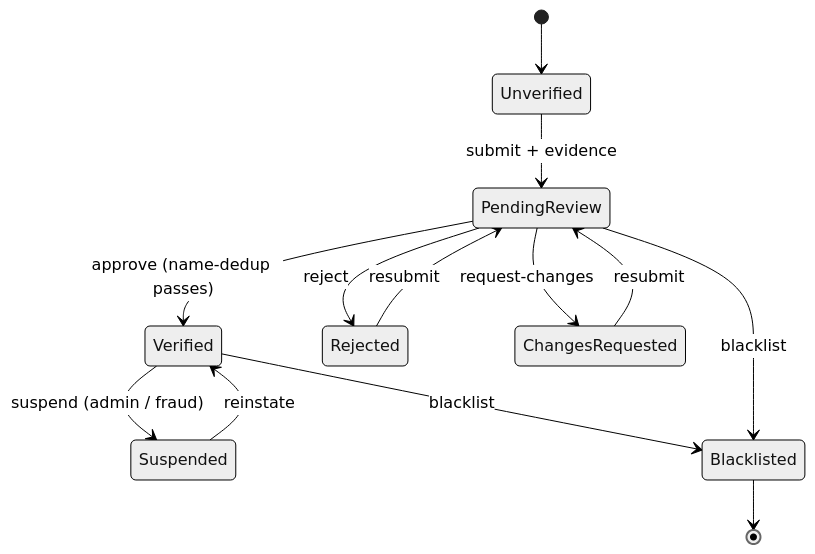
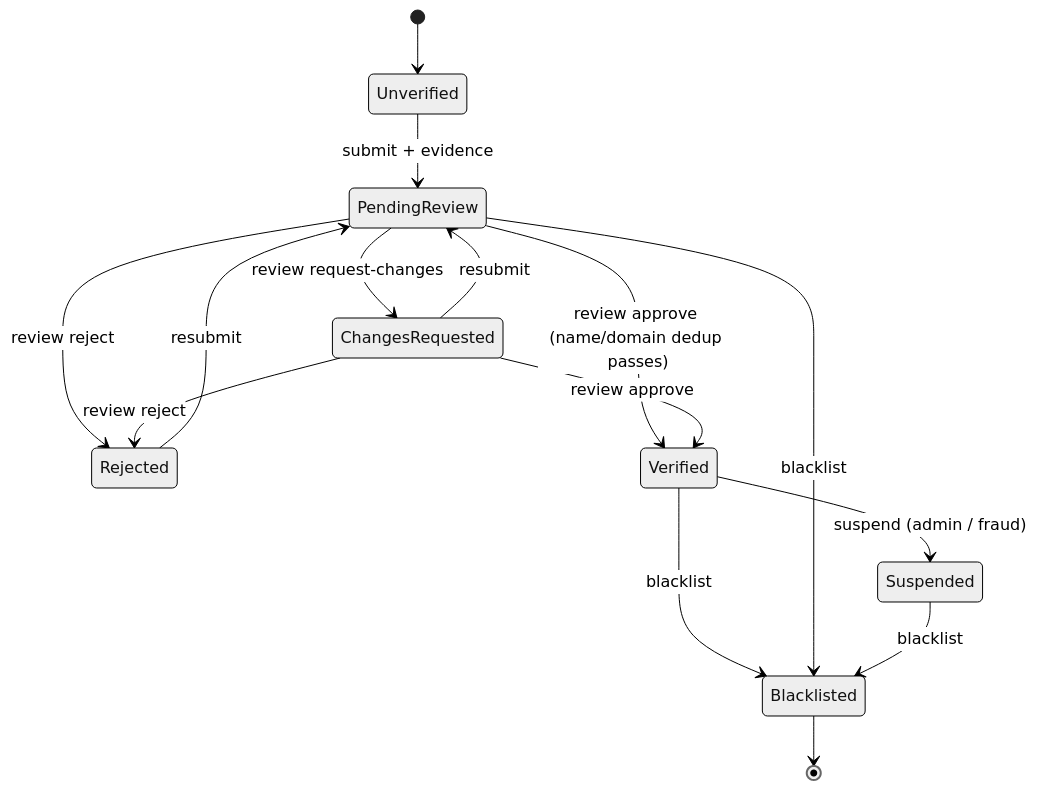
One commit to chaitanyareddykarri/kurx changed the tenth of 14 diagrams in docs/architecture/diagrams.md. Above: the diagram before and after it, drawn with Mermaid (neutral theme). The commit also changed other lines of this file and 155 other files, not shown here.

````diff
--- a/docs/architecture/diagrams.md
+++ b/docs/architecture/diagrams.md
@@ -378,15 +458,19 @@
 ```mermaid
 stateDiagram-v2
     [*] --> Unverified
     Unverified --> PendingReview : submit + evidence
-    PendingReview --> Verified : approve (name-dedup passes)
-    PendingReview --> Rejected : reject
-    PendingReview --> ChangesRequested : request-changes
     ChangesRequested --> PendingReview : resubmit
     Rejected --> PendingReview : resubmit
+
+    PendingReview --> Verified : review approve (name/domain dedup passes)
+    PendingReview --> Rejected : review reject
+    PendingReview --> ChangesRequested : review request-changes
+    ChangesRequested --> Verified : review approve
+    ChangesRequested --> Rejected : review reject
+
     Verified --> Suspended : suspend (admin / fraud)
-    Suspended --> Verified : reinstate
     Verified --> Blacklisted : blacklist
     PendingReview --> Blacklisted : blacklist
+    Suspended --> Blacklisted : blacklist
     Blacklisted --> [*]
 ```
````
